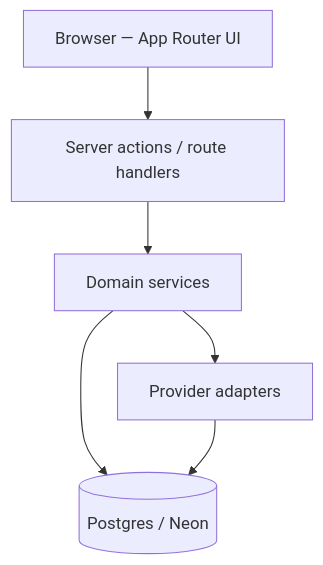
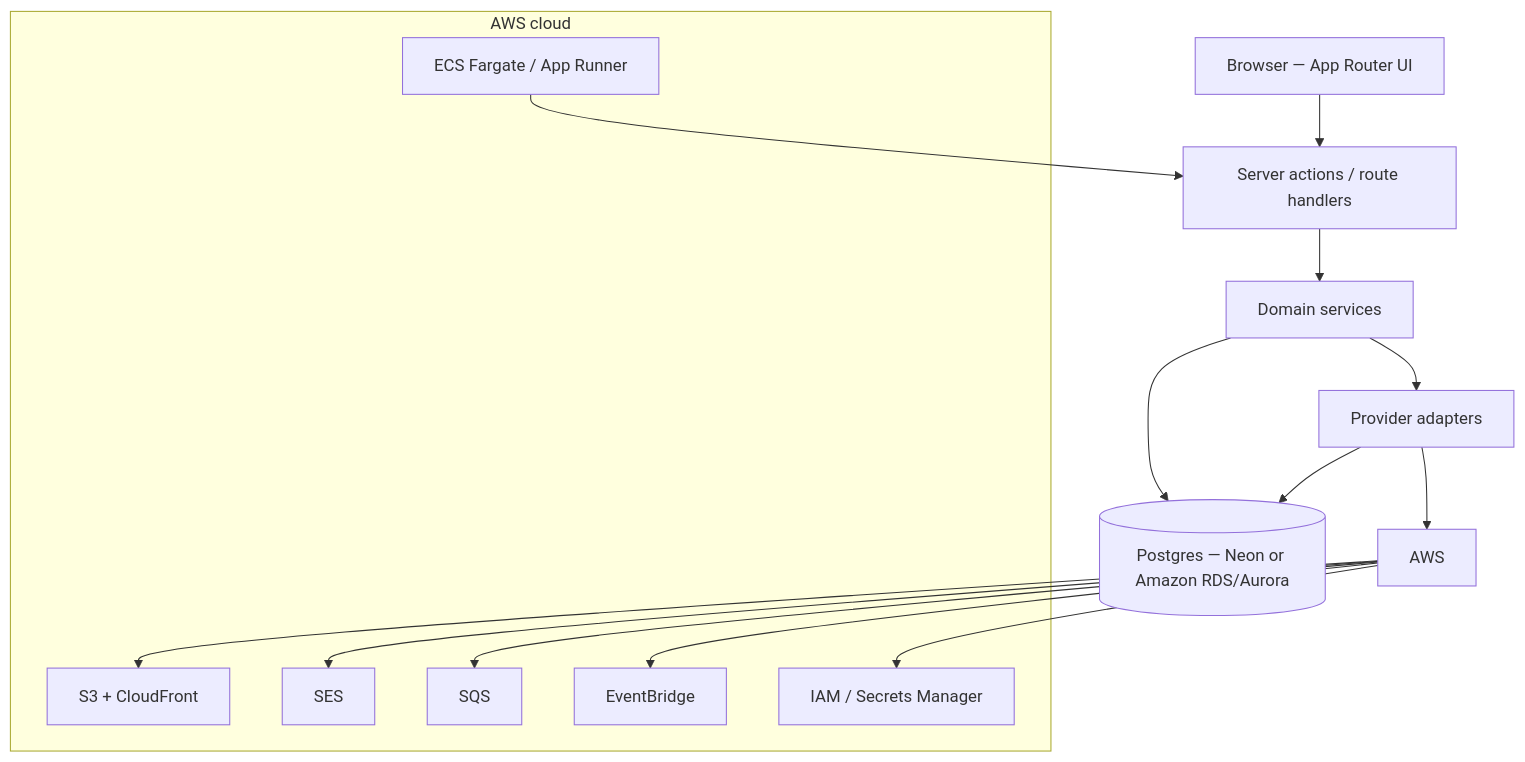
The diagram in docs/ARCHITECTURE.md (ujjwal-donald/Growth-Pilot), drawn with Mermaid before and after one commit. The commit also changed other lines of this file and 16 other files, not shown here.

First line of the commit message:
Add AWS as a first-class architecture layer

````diff
--- a/docs/ARCHITECTURE.md
+++ b/docs/ARCHITECTURE.md
@@ -5,14 +5,32 @@
 ```mermaid
 flowchart TB
   Browser["Browser — App Router UI"]
   Actions["Server actions / route handlers"]
   Domain["Domain services"]
   Adapters["Provider adapters"]
-  DB[(Postgres / Neon)]
+  DB[(Postgres — Neon or Amazon RDS/Aurora)]
+  AWS["AWS"]
 
   Browser --> Actions
   Actions --> Domain
   Domain --> Adapters
   Domain --> DB
   Adapters --> DB
+  Adapters --> AWS
+
+  subgraph awsCloud [AWS cloud]
+    S3["S3 + CloudFront"]
+    SES["SES"]
+    SQS["SQS"]
+    EB["EventBridge"]
+    IAM["IAM / Secrets Manager"]
+    ECS["ECS Fargate / App Runner"]
+  end
+
+  AWS --> S3
+  AWS --> SES
+  AWS --> SQS
+  AWS --> EB
+  AWS --> IAM
+  ECS --> Actions
 ```
````
